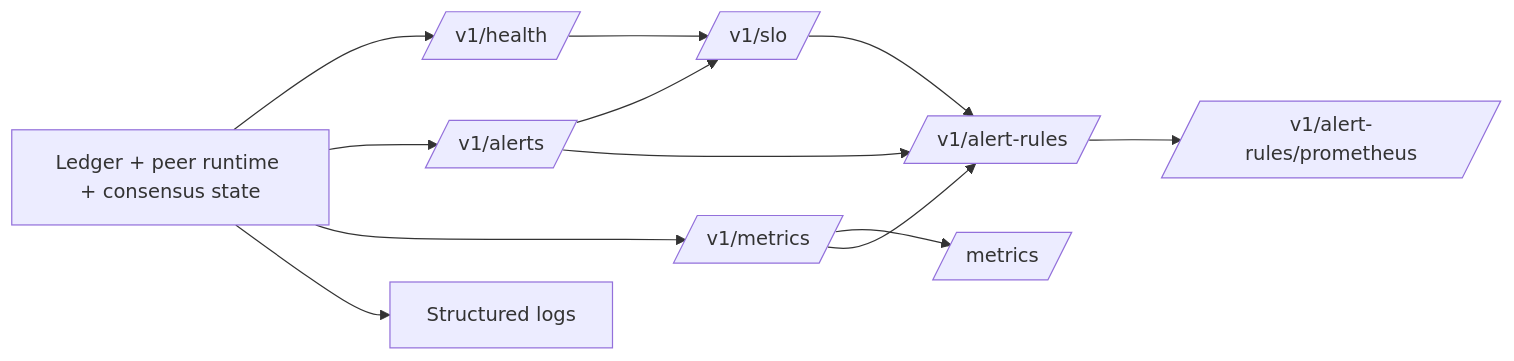
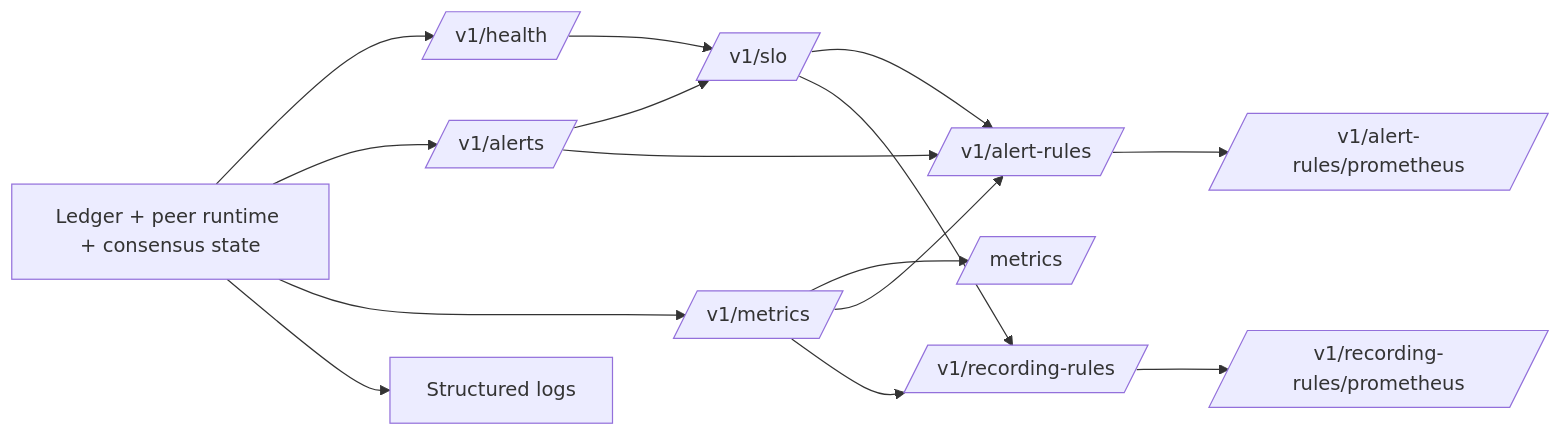
The diagram in docs/architecture.md (the-code-learner/Zephyr-Chain), drawn with Mermaid before and after one commit. The commit also changed other lines of this file and 8 other files, not shown here.

First line of the commit message:
feat: add recording rules API endpoints and documentation

````diff
--- a/docs/architecture.md
+++ b/docs/architecture.md
@@ -25,23 +25,28 @@
 ```mermaid
 flowchart LR
     State[Ledger + peer runtime + consensus state]
     Health[/v1/health/]
     Alerts[/v1/alerts/]
     SLO[/v1/slo/]
     Metrics[/v1/metrics/]
     Prom[/metrics/]
     RulesJSON[/v1/alert-rules/]
     RulesProm[/v1/alert-rules/prometheus/]
+    RecordsJSON[/v1/recording-rules/]
+    RecordsProm[/v1/recording-rules/prometheus/]
     Logs[Structured logs]
     State --> Health
     State --> Alerts
     State --> Metrics
     State --> Logs
     Health --> SLO
     Alerts --> SLO
     Alerts --> RulesJSON
     SLO --> RulesJSON
     Metrics --> Prom
     Metrics --> RulesJSON
+    Metrics --> RecordsJSON
+    SLO --> RecordsJSON
     RulesJSON --> RulesProm
+    RecordsJSON --> RecordsProm
 ```
````
